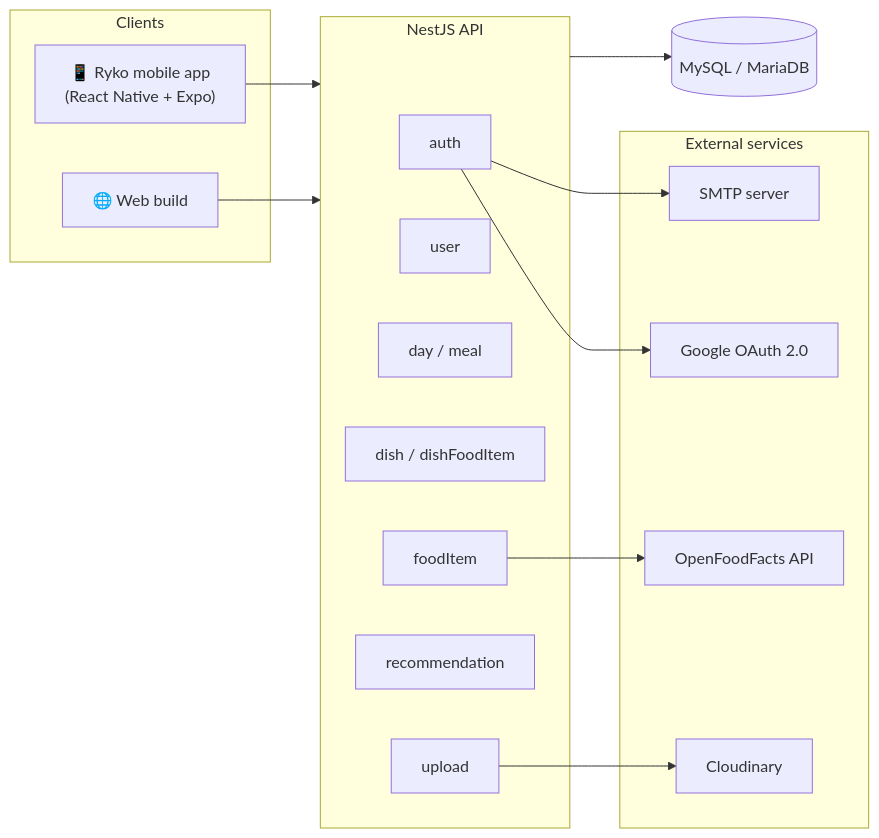
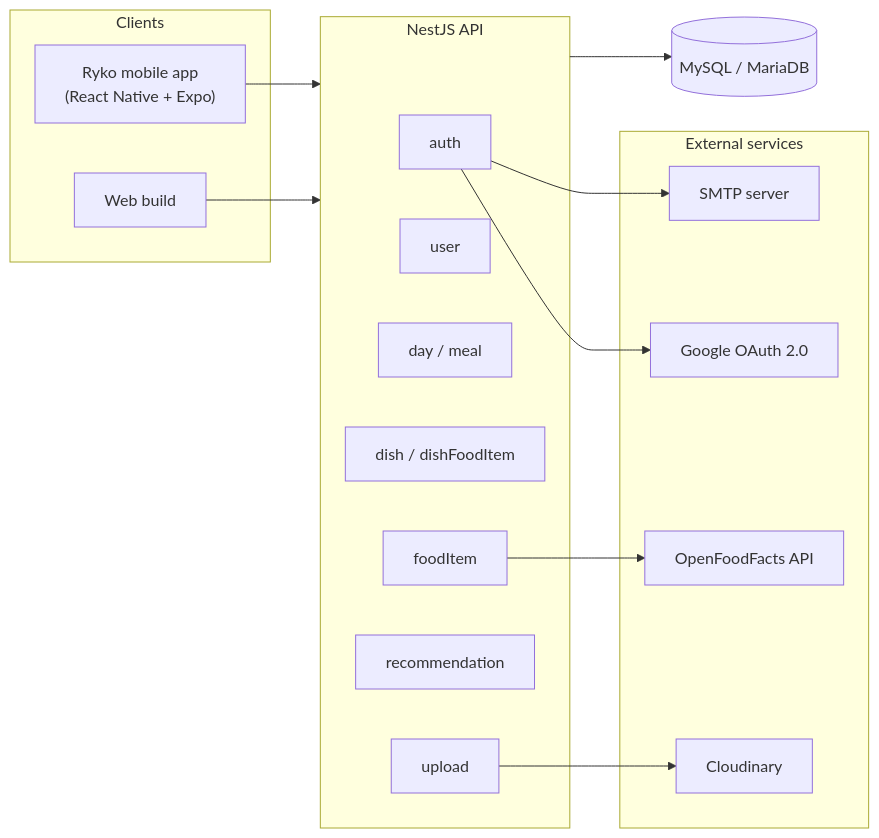
One commit to Pablorgu/RykoBackend changed the first of 3 diagrams in README.md. Above: the diagram before and after it, drawn with Mermaid. The commit also changed other lines of this file, not shown here.

Commit message:
docs(readme): use conservative mermaid syntax for GitHub rendering
Claude-Session: https://claude.ai/code/session_011Rasxxg71TJ1qGxMAgarpU

````diff
--- a/README.md
+++ b/README.md
@@ -29,34 +29,34 @@
 ```mermaid
 flowchart LR
     subgraph Clients
-        APP["📱 Ryko mobile app<br/>(React Native + Expo)"]
-        WEB["🌐 Web build"]
+        APP["Ryko mobile app<br/>(React Native + Expo)"]
+        WEB["Web build"]
     end
 
     subgraph Backend["NestJS API"]
-        AUTH[auth]
-        USER[user]
+        AUTH["auth"]
+        USER["user"]
         DAY["day / meal"]
         DISH["dish / dishFoodItem"]
-        FOOD[foodItem]
-        RECO[recommendation]
-        UP[upload]
+        FOOD["foodItem"]
+        RECO["recommendation"]
+        UP["upload"]
     end
 
     subgraph External["External services"]
         GOOGLE["Google OAuth 2.0"]
         OFF["OpenFoodFacts API"]
         CLOUD["Cloudinary"]
         SMTP["SMTP server"]
     end
 
     DB[("MySQL / MariaDB")]
 
     APP --> Backend
     WEB --> Backend
     AUTH --> GOOGLE
     AUTH --> SMTP
     FOOD --> OFF
     UP --> CLOUD
     Backend --> DB
 ```
````
